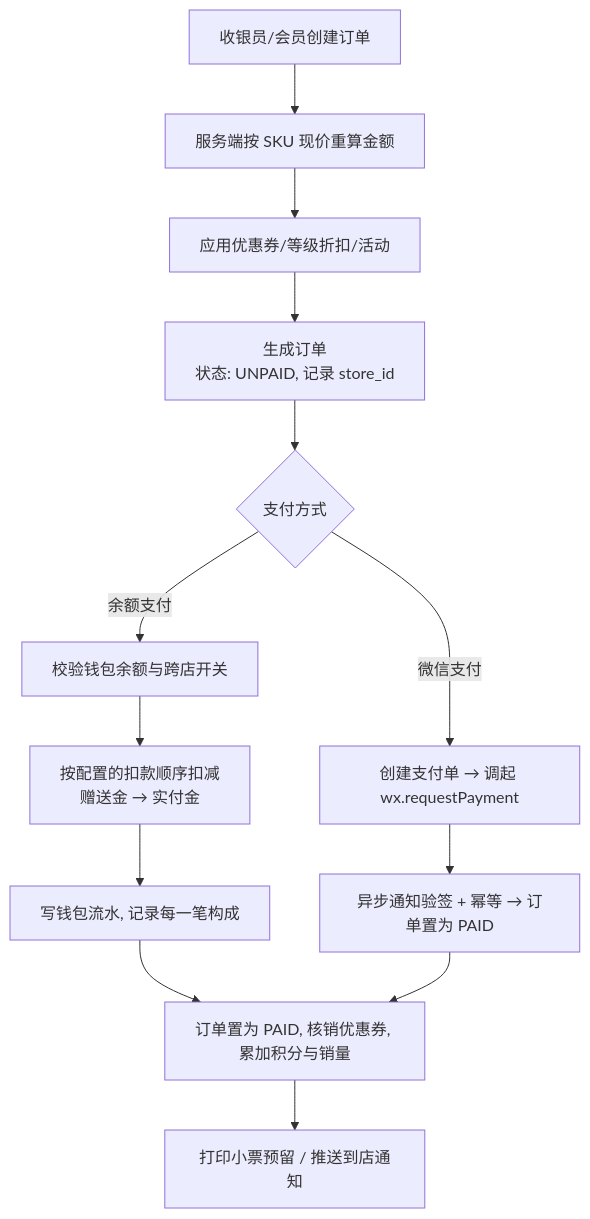
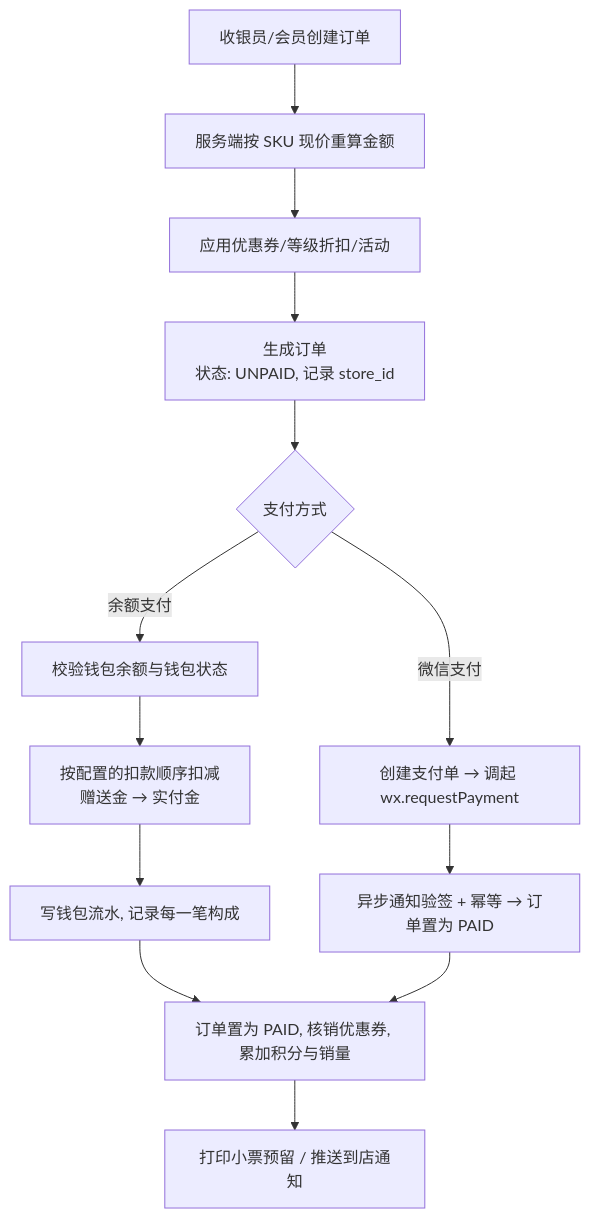
One commit to HJL-DVE/- changed the second of 3 diagrams in docs/01-需求分析与功能清单.md. Above: the diagram before and after it, drawn with Mermaid. The commit also changed other lines of this file and 318 other files, not shown here.

First line of the commit message:
docs(phase10): 课程设计答辩材料 —— 说明书/设计图/库文档/答辩PPT/答辩问题

````diff
--- a/docs/01-需求分析与功能清单.md
+++ b/docs/01-需求分析与功能清单.md
@@ -102,15 +102,15 @@
 ```mermaid
 flowchart TD
     A[收银员/会员创建订单] --> B[服务端按 SKU 现价重算金额]
     B --> C[应用优惠券/等级折扣/活动]
     C --> D[生成订单<br/>状态: UNPAID, 记录 store_id]
     D --> E{支付方式}
-    E -->|余额支付| F[校验钱包余额与跨店开关]
+    E -->|余额支付| F[校验钱包余额与钱包状态]
     F --> G[按配置的扣款顺序扣减<br/>赠送金 → 实付金]
     G --> H[写钱包流水, 记录每一笔构成]
     E -->|微信支付| I[创建支付单 → 调起 wx.requestPayment]
     I --> J[异步通知验签 + 幂等 → 订单置为 PAID]
     H --> K[订单置为 PAID, 核销优惠券, 累加积分与销量]
     J --> K
     K --> L[打印小票预留 / 推送到店通知]
 ```
````
